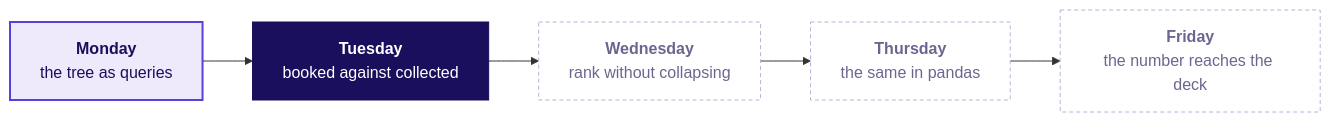
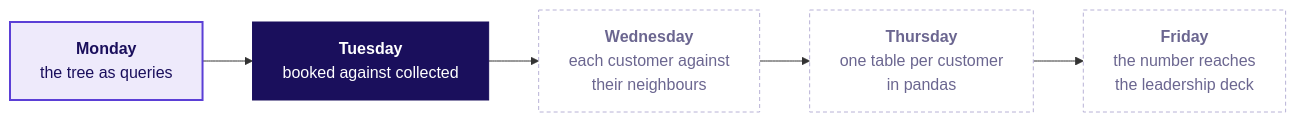
One commit to fde-academy-lab/c2-content-factory changed the first of 2 diagrams in content/W02/D2/study-notes/C2_W02_D02_notes_STUDENT.md. Above: the diagram before and after it, drawn with Mermaid. The commit also changed other lines of this file and 10 other files, not shown here.

````diff
--- a/content/W02/D2/study-notes/C2_W02_D02_notes_STUDENT.md
+++ b/content/W02/D2/study-notes/C2_W02_D02_notes_STUDENT.md
@@ -37,13 +38,13 @@
 ```mermaid
 flowchart LR
     M["<b>Monday</b><br/>the tree as queries"] --> T["<b>Tuesday</b><br/>booked against collected"]
-    T --> W["<b>Wednesday</b><br/>rank without collapsing"]
-    W --> H["<b>Thursday</b><br/>the same in pandas"]
-    H --> F["<b>Friday</b><br/>the number reaches the deck"]
+    T --> W["<b>Wednesday</b><br/>each customer against<br/>their neighbours"]
+    W --> H["<b>Thursday</b><br/>one table per customer<br/>in pandas"]
+    H --> F["<b>Friday</b><br/>the number reaches<br/>the leadership deck"]
     classDef bet fill:#1A0F5C,stroke:#1A0F5C,color:#FFFFFF
     classDef known fill:#EEEAFB,stroke:#5B3FD6,color:#1A0F5C,stroke-width:2px
     classDef unknown fill:#FFFFFF,stroke:#B8B2D6,color:#6B6690,stroke-dasharray:4 3
     class T bet
     class M known
     class W,H,F unknown
 ```
````
